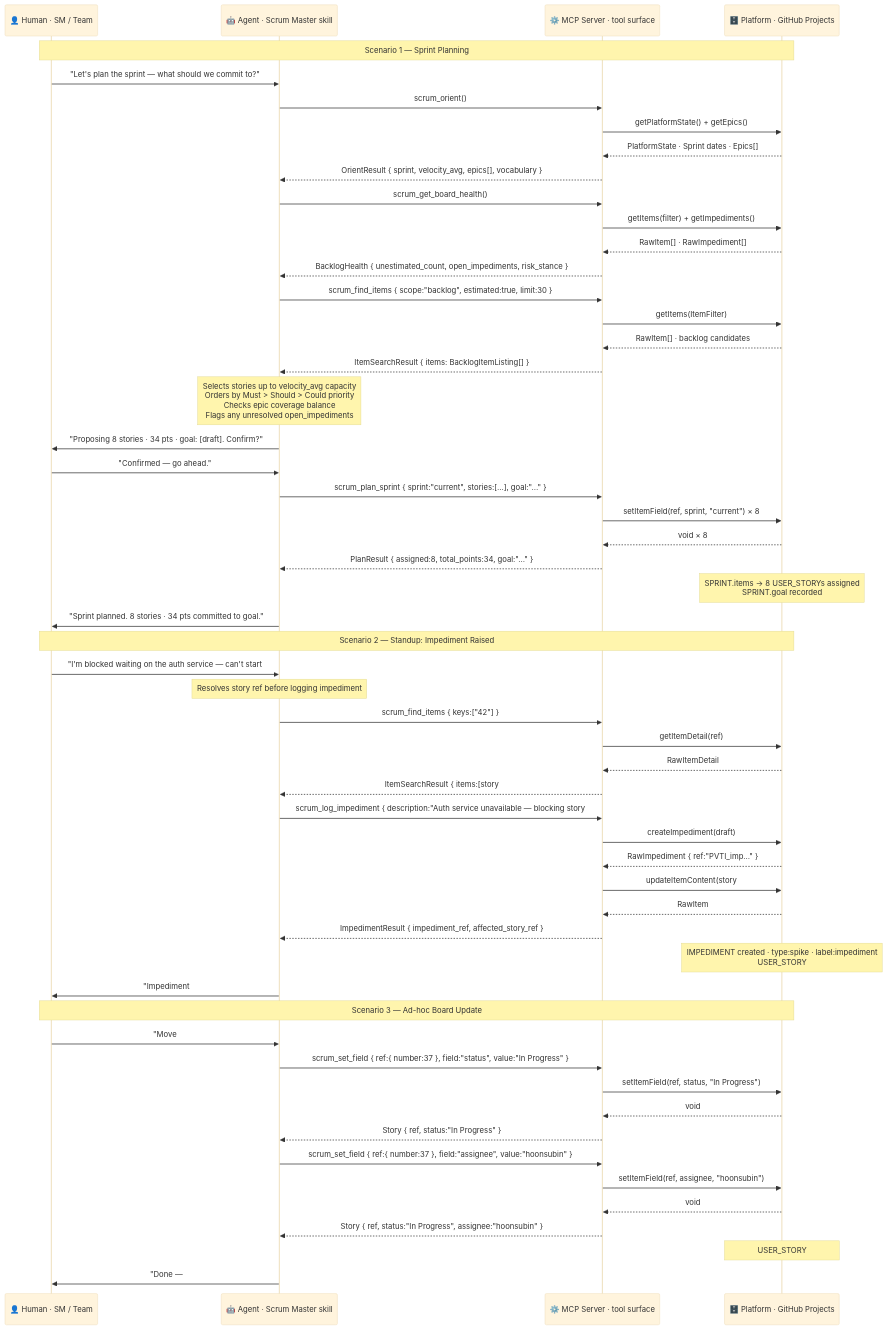
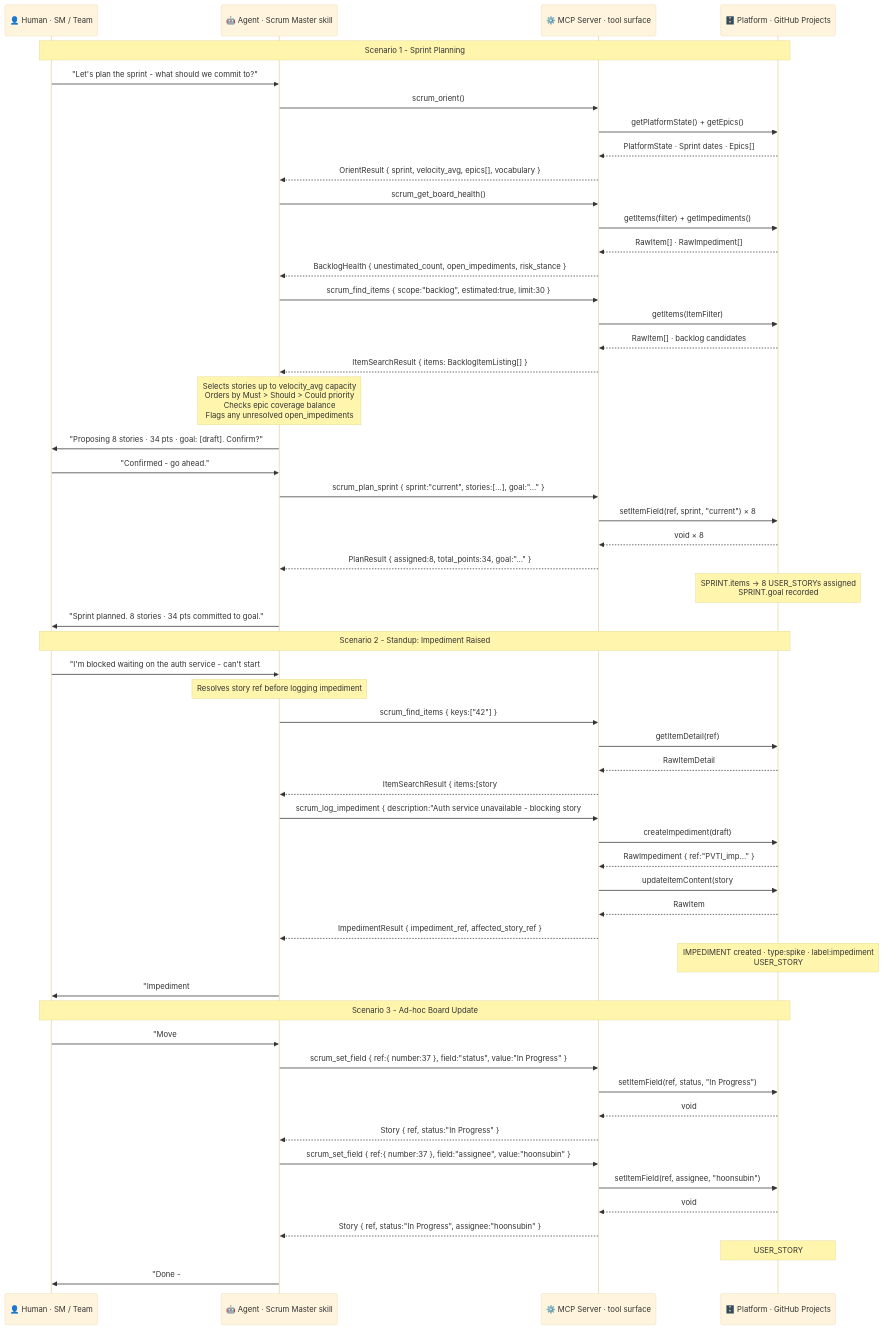
One commit to hoonsubin/github-projects-mcp-server changed the third of 4 diagrams in docs/ARCHITECTURE.MD. Above: the diagram before and after it, drawn with Mermaid (base theme). The commit also changed other lines of this file and 103 other files, not shown here.

````diff
--- a/docs/ARCHITECTURE.MD
+++ b/docs/ARCHITECTURE.MD
@@ -507,80 +507,80 @@
 ```mermaid
 sequenceDiagram
     participant Human as 👤 Human · SM / Team
     participant Agent as 🤖 Agent · Scrum Master skill
     participant MCP as ⚙️ MCP Server · tool surface
     participant Platform as 🗄️ Platform · GitHub Projects
 
-    Note over Human,Platform: Scenario 1 — Sprint Planning
+    Note over Human,Platform: Scenario 1 - Sprint Planning
 
-    Human->>Agent: "Let's plan the sprint — what should we commit to?"
+    Human->>Agent: "Let's plan the sprint - what should we commit to?"
 
     Agent->>MCP: scrum_orient()
     MCP->>Platform: getPlatformState() + getEpics()
     Platform-->>MCP: PlatformState · Sprint dates · Epics[]
     MCP-->>Agent: OrientResult { sprint, velocity_avg, epics[], vocabulary }
 
     Agent->>MCP: scrum_get_board_health()
     MCP->>Platform: getItems(filter) + getImpediments()
     Platform-->>MCP: RawItem[] · RawImpediment[]
     MCP-->>Agent: BacklogHealth { unestimated_count, open_impediments, risk_stance }
 
     Agent->>MCP: scrum_find_items { scope:"backlog", estimated:true, limit:30 }
     MCP->>Platform: getItems(ItemFilter)
     Platform-->>MCP: RawItem[] · backlog candidates
     MCP-->>Agent: ItemSearchResult { items: BacklogItemListing[] }
 
     Note over Agent: Selects stories up to velocity_avg capacity<br/>Orders by Must > Should > Could priority<br/>Checks epic coverage balance<br/>Flags any unresolved open_impediments
 
     Agent->>Human: "Proposing 8 stories · 34 pts · goal: [draft]. Confirm?"
-    Human->>Agent: "Confirmed — go ahead."
+    Human->>Agent: "Confirmed - go ahead."
 
     Agent->>MCP: scrum_plan_sprint { sprint:"current", stories:[...], goal:"..." }
     MCP->>Platform: setItemField(ref, sprint, "current") × 8
     Platform-->>MCP: void × 8
     MCP-->>Agent: PlanResult { assigned:8, total_points:34, goal:"..." }
 
     Note over Platform: SPRINT.items → 8 USER_STORYs assigned<br/>SPRINT.goal recorded
 
     Agent->>Human: "Sprint planned. 8 stories · 34 pts committed to goal."
 
-    Note over Human,Platform: Scenario 2 — Standup: Impediment Raised
+    Note over Human,Platform: Scenario 2 - Standup: Impediment Raised
 
-    Human->>Agent: "I'm blocked waiting on the auth service — can't start #42."
+    Human->>Agent: "I'm blocked waiting on the auth service - can't start #42."
 
     Note over Agent: Resolves story ref before logging impediment
 
     Agent->>MCP: scrum_find_items { keys:["42"] }
     MCP->>Platform: getItemDetail(ref)
     Platform-->>MCP: RawItemDetail
     MCP-->>Agent: ItemSearchResult { items:[story #42 with ref.id] }
 
-    Agent->>MCP: scrum_log_impediment { description:"Auth service unavailable — blocking story #42", affects:{ story:{ id:"..." } } }
+    Agent->>MCP: scrum_log_impediment { description:"Auth service unavailable - blocking story #42", affects:{ story:{ id:"..." } } }
     MCP->>Platform: createImpediment(draft)
     Platform-->>MCP: RawImpediment { ref:"PVTI_imp..." }
     MCP->>Platform: updateItemContent(story #42, comment:"⚠️ Blocked: auth service unavailable")
     Platform-->>MCP: RawItem
     MCP-->>Agent: ImpedimentResult { impediment_ref, affected_story_ref }
 
     Note over Platform: IMPEDIMENT created · type:spike · label:impediment<br/>USER_STORY #42 receives blocking comment
 
     Agent->>Human: "Impediment #89 logged. Story #42 marked as blocked. Escalate to SM?"
 
-    Note over Human,Platform: Scenario 3 — Ad-hoc Board Update
+    Note over Human,Platform: Scenario 3 - Ad-hoc Board Update
 
     Human->>Agent: "Move #37 to In Progress and assign it to me."
 
     Agent->>MCP: scrum_set_field { ref:{ number:37 }, field:"status", value:"In Progress" }
     MCP->>Platform: setItemField(ref, status, "In Progress")
     Platform-->>MCP: void
     MCP-->>Agent: Story { ref, status:"In Progress" }
 
     Agent->>MCP: scrum_set_field { ref:{ number:37 }, field:"assignee", value:"hoonsubin" }
     MCP->>Platform: setItemField(ref, assignee, "hoonsubin")
     Platform-->>MCP: void
     MCP-->>Agent: Story { ref, status:"In Progress", assignee:"hoonsubin" }
 
     Note over Platform: USER_STORY #37 status + assignee fields updated
 
-    Agent->>Human: "Done — #37 is In Progress, assigned to you."
+    Agent->>Human: "Done - #37 is In Progress, assigned to you."
 ```
````
